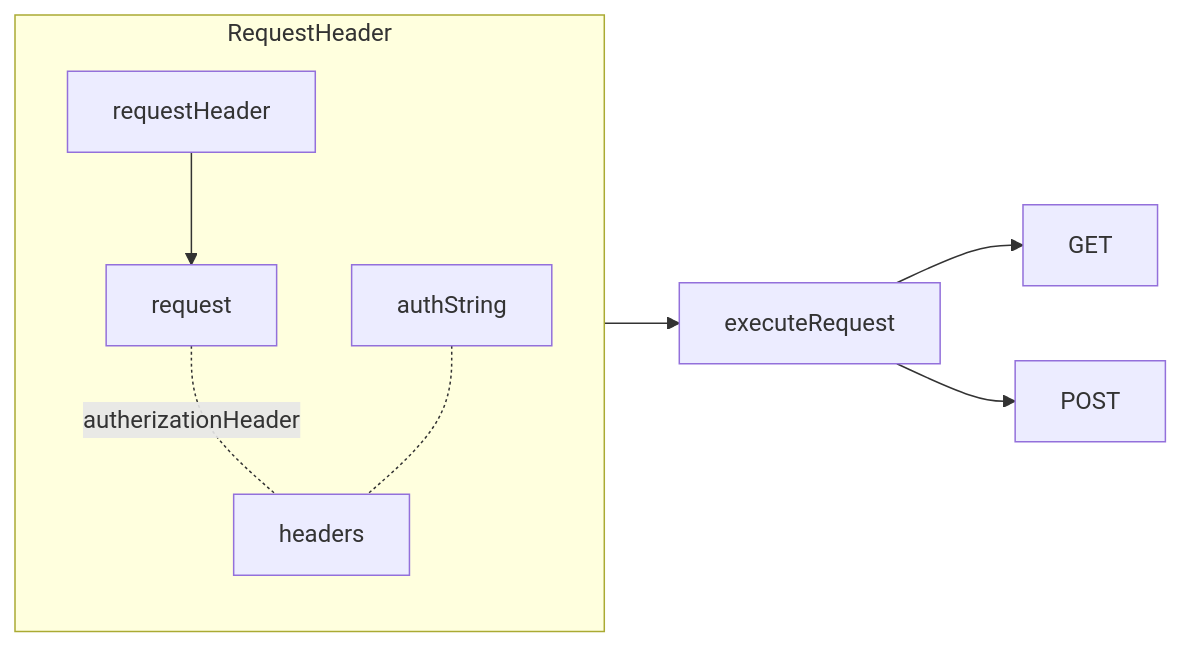
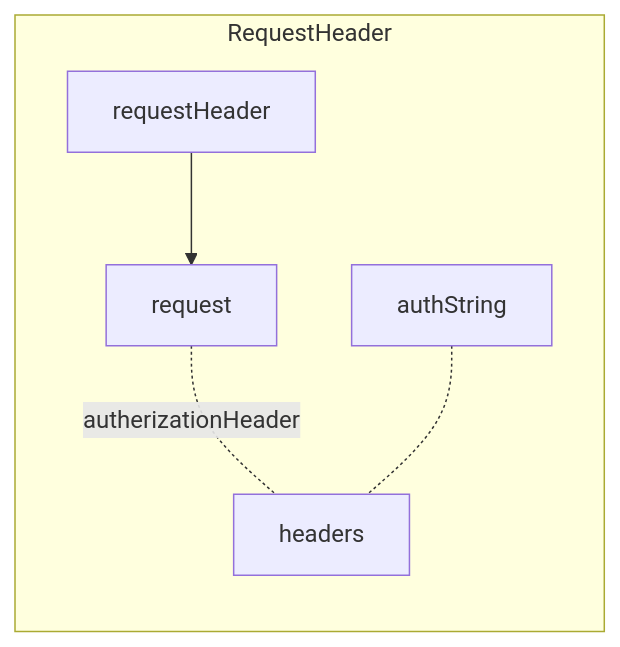
One commit to gordianknotC/nxp_note changed the fifth of 8 diagrams in newage/astro.md. Above: the diagram before and after it, drawn with Mermaid. The commit also changed other lines of this file, not shown here.

Commit message:
newage/astro.md updated from https://stackedit.io/

````diff
--- a/newage/astro.md
+++ b/newage/astro.md
@@ -66,11 +66,9 @@
 ```mermaid
 graph LR
 	subgraph RequestHeader
 	request -.-|autherizationHeader| headers
 	authString -.- headers
 	requestHeader --> request
 end
-RequestHeader --> executeRequest  
-executeRequest --> GET
-executeRequest --> POST
+
 ```
````
